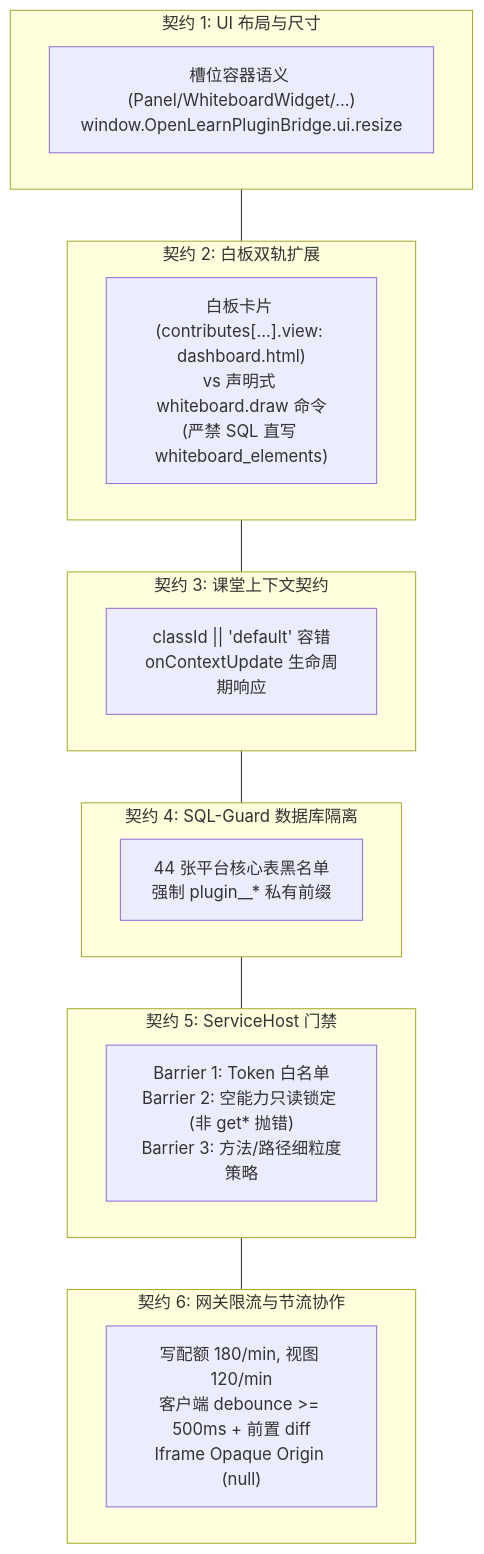
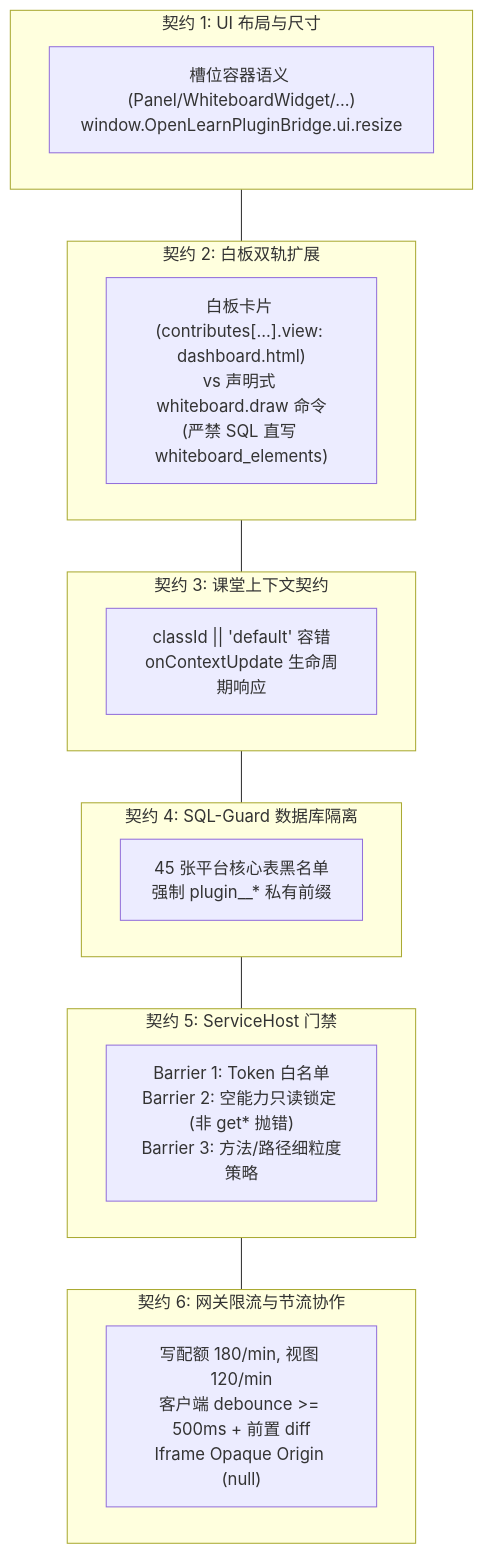
Before and after one commit to aymwoo/OpenLearn-Next-V2: the diagram in docs/reference/plugin-architecture-contracts.md, drawn with Mermaid. The commit also changed other lines of this file and 24 other files, not shown here.

````diff
--- a/docs/reference/plugin-architecture-contracts.md
+++ b/docs/reference/plugin-architecture-contracts.md
@@ -21,23 +21,23 @@
 ```mermaid
 graph TD
     subgraph UI ["契约 1: UI 布局与尺寸"]
         C1["槽位容器语义 (Panel/WhiteboardWidget/...)<br/>window.OpenLearnPluginBridge.ui.resize"]
     end
     subgraph WB ["契约 2: 白板双轨扩展"]
         C2["白板卡片 (contributes[...].view: dashboard.html)<br/>vs 声明式 whiteboard.draw 命令<br/>(严禁 SQL 直写 whiteboard_elements)"]
     end
     subgraph CTX ["契约 3: 课堂上下文契约"]
         C3["classId || 'default' 容错<br/>onContextUpdate 生命周期响应"]
     end
     subgraph DB ["契约 4: SQL-Guard 数据库隔离"]
-        C4["44 张平台核心表黑名单<br/>强制 plugin_<scopeId>_* 私有前缀"]
+        C4["45 张平台核心表黑名单<br/>强制 plugin_<scopeId>_* 私有前缀"]
     end
     subgraph RPC ["契约 5: ServiceHost 门禁"]
         C5["Barrier 1: Token 白名单<br/>Barrier 2: 空能力只读锁定 (非 get* 抛错)<br/>Barrier 3: 方法/路径细粒度策略"]
     end
     subgraph GW ["契约 6: 网关限流与节流协作"]
         C6["写配额 180/min, 视图 120/min<br/>客户端 debounce >= 500ms + 前置 diff<br/>Iframe Opaque Origin (null)"]
     end
 
     UI --- WB --- CTX --- DB --- RPC --- GW
 ```
````
